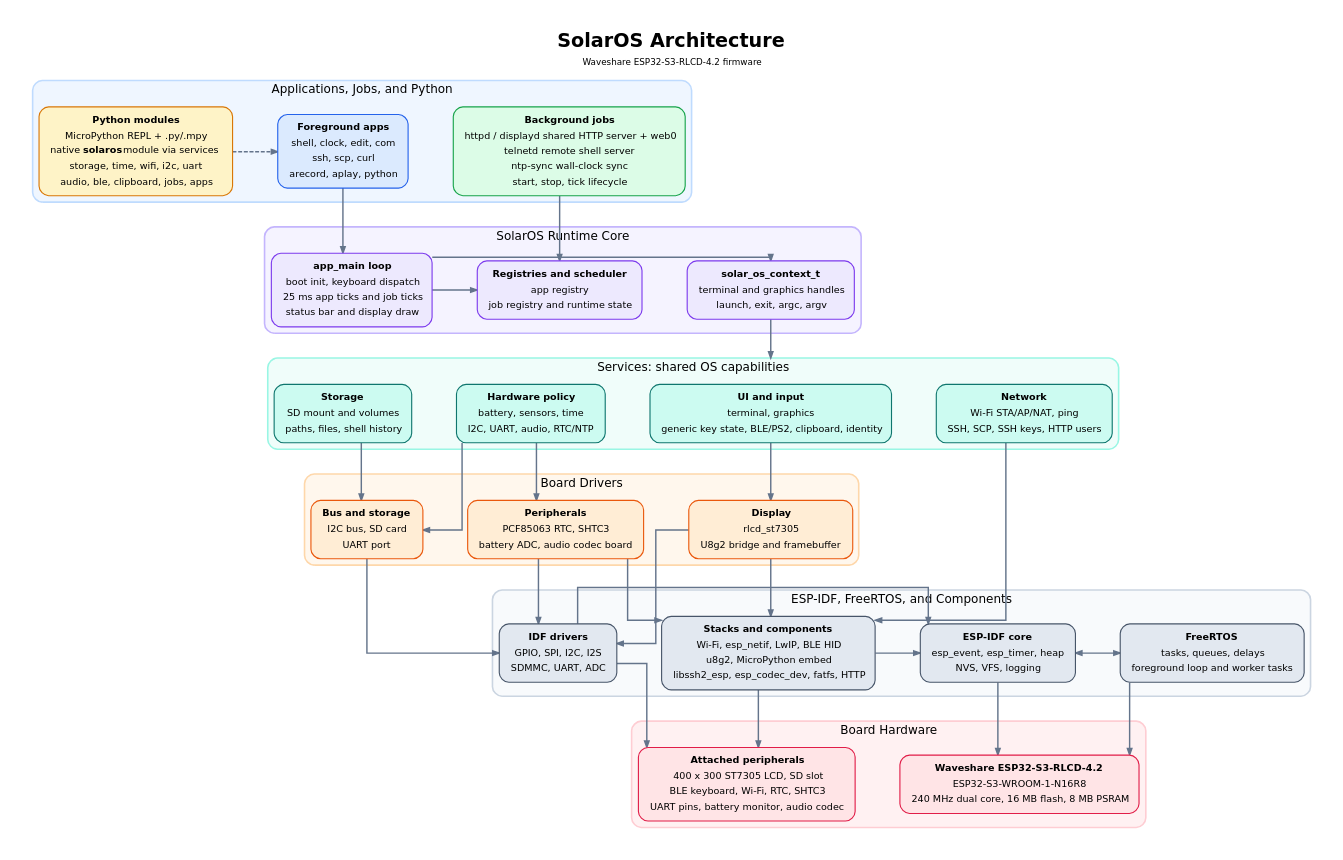
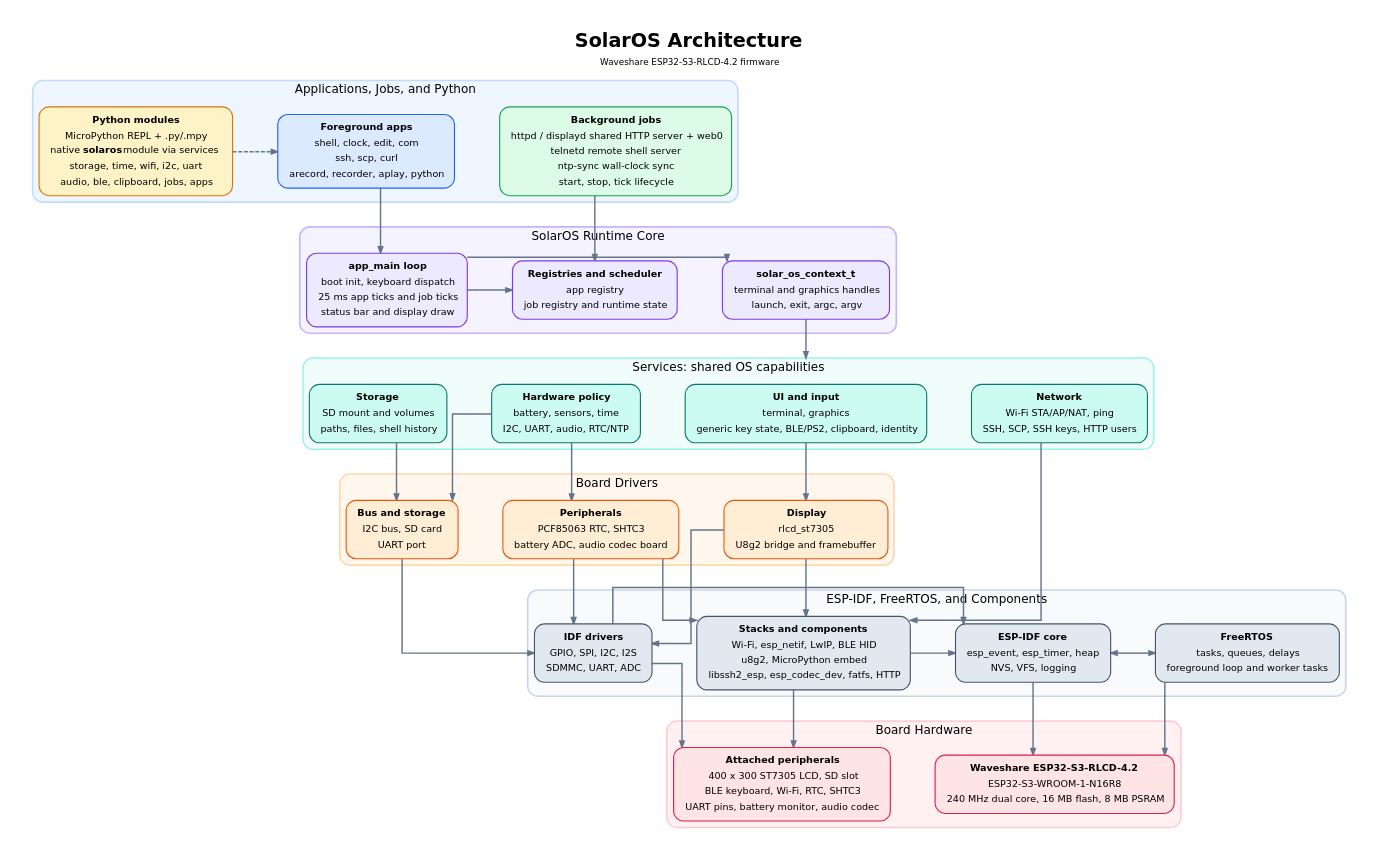
One commit to metegokhan/sol_os_gui changed the diagram in doc/solar_os_architecture.dot. Above: the diagram before and after it, drawn with Graphviz. The commit also changed 23 other files, not shown here.

```diff
--- a/doc/solar_os_architecture.dot
+++ b/doc/solar_os_architecture.dot
@@ -50,7 +50,7 @@
                     <TR><TD><B>Foreground apps</B></TD></TR>
                     <TR><TD>shell, clock, edit, com</TD></TR>
                     <TR><TD>ssh, scp, curl</TD></TR>
-                    <TR><TD>arecord, aplay, python</TD></TR>
+                    <TR><TD>arecord, recorder, aplay, python</TD></TR>
                 </TABLE>
             >,
             fillcolor="#dbeafe",
```
